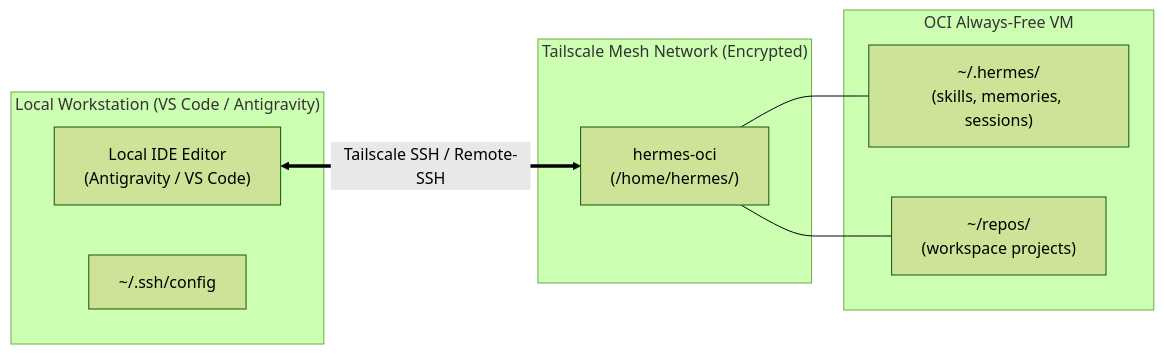
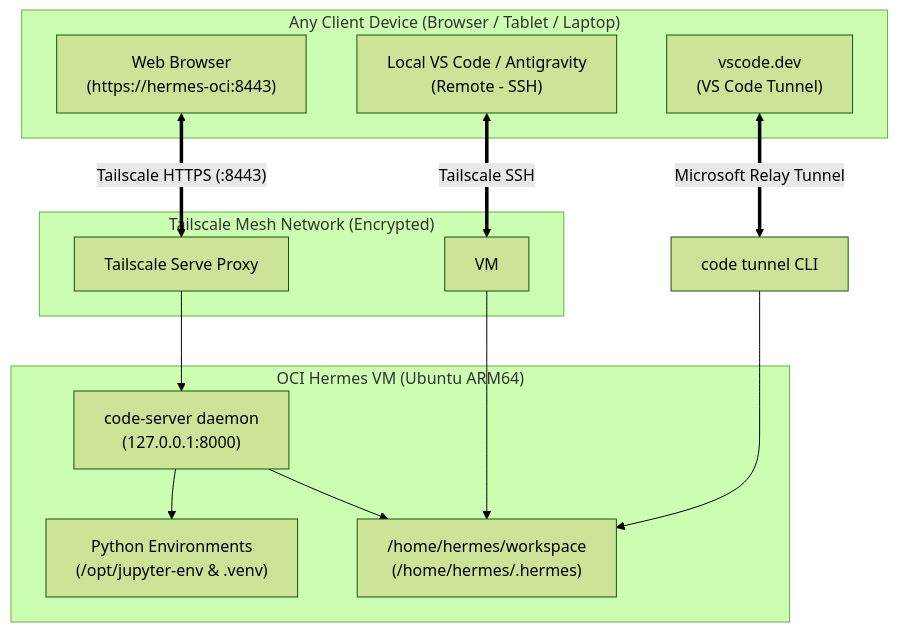
Before and after one commit to piyushpatel2005/agentic-infra: the diagram in docs/remote-access.md, drawn with Mermaid (forest theme). The commit also changed other lines of this file and 10 other files, not shown here.

Commit message:
feat(vscode): add browser-based VS Code server and disable standalone JupyterLab

````diff
--- a/docs/remote-access.md
+++ b/docs/remote-access.md
@@ -11,19 +13,28 @@
 ```mermaid
-flowchart LR
-    subgraph LocalWorkstation["Local Workstation (VS Code / Antigravity)"]
-        Editor["Local IDE Editor\n(Antigravity / VS Code)"]
-        SSHConfig["~/.ssh/config"]
+flowchart TD
+    subgraph AnyClient["Any Client Device (Browser / Tablet / Laptop)"]
+        Browser["Web Browser\n(https://hermes-oci:8443)"]
+        DesktopIDE["Local VS Code / Antigravity\n(Remote - SSH)"]
+        WebDev["vscode.dev\n(VS Code Tunnel)"]
     end
 
     subgraph Tailnet["Tailscale Mesh Network (Encrypted)"]
-        Editor <== "Tailscale SSH / Remote-SSH" ==> VM
+        Browser <== "Tailscale HTTPS (:8443)" ==> TS_Serve
+        DesktopIDE <== "Tailscale SSH" ==> VM
     end
 
-    subgraph OCI["OCI Always-Free VM"]
-        VM["hermes-oci\n(/home/hermes/)"]
-        HermesHome["~/.hermes/\n(skills, memories, sessions)"]
-        Repos["~/repos/\n(workspace projects)"]
-        VM --- HermesHome
-        VM --- Repos
+    subgraph OCI["OCI Hermes VM (Ubuntu ARM64)"]
+        TS_Serve["Tailscale Serve Proxy"]
+        CodeServer["code-server daemon\n(127.0.0.1:8000)"]
+        PythonEnv["Python Environments\n(/opt/jupyter-env & .venv)"]
+        Workspace["/home/hermes/workspace\n(/home/hermes/.hermes)"]
+
+        TS_Serve --> CodeServer
+        CodeServer --> Workspace
+        CodeServer --> PythonEnv
+        VM --> Workspace
     end
+
+    WebDev <== "Microsoft Relay Tunnel" ==> CodeCLI["code tunnel CLI"]
+    CodeCLI --> Workspace
 ```
````
